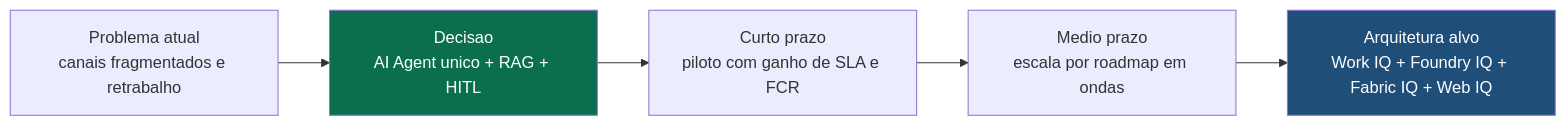
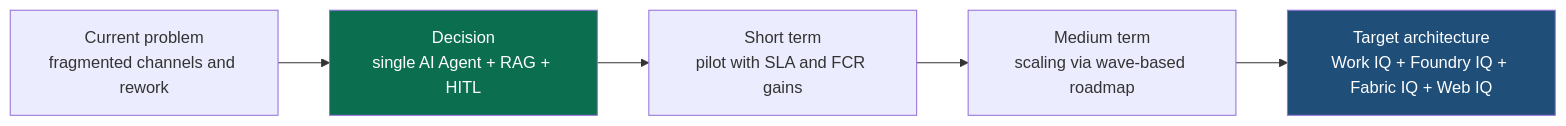
Before and after one commit to fabioharams/hubsp-ai-skill: the first of 9 diagrams in doc/resultado.md, drawn with Mermaid. The commit also changed other lines of this file and 21 other files, not shown here.

````diff
--- a/doc/resultado.md
+++ b/doc/resultado.md
@@ -9,10 +9,10 @@
 ```mermaid
 flowchart LR
-    A[Problema atual<br/>canais fragmentados e retrabalho] --> B[Decisao<br/>AI Agent unico + RAG + HITL]
-    B --> C[Curto prazo<br/>piloto com ganho de SLA e FCR]
-    C --> D[Medio prazo<br/>escala por roadmap em ondas]
-    D --> E[Arquitetura alvo<br/>Work IQ + Foundry IQ + Fabric IQ + Web IQ]
+    A[Current problem<br/>fragmented channels and rework] --> B[Decision<br/>single AI Agent + RAG + HITL]
+    B --> C[Short term<br/>pilot with SLA and FCR gains]
+    C --> D[Medium term<br/>scaling via wave-based roadmap]
+    D --> E[Target architecture<br/>Work IQ + Foundry IQ + Fabric IQ + Web IQ]
 
     style B fill:#0B6E4F,color:#fff
     style E fill:#1F4E79,color:#fff
 ```
````
